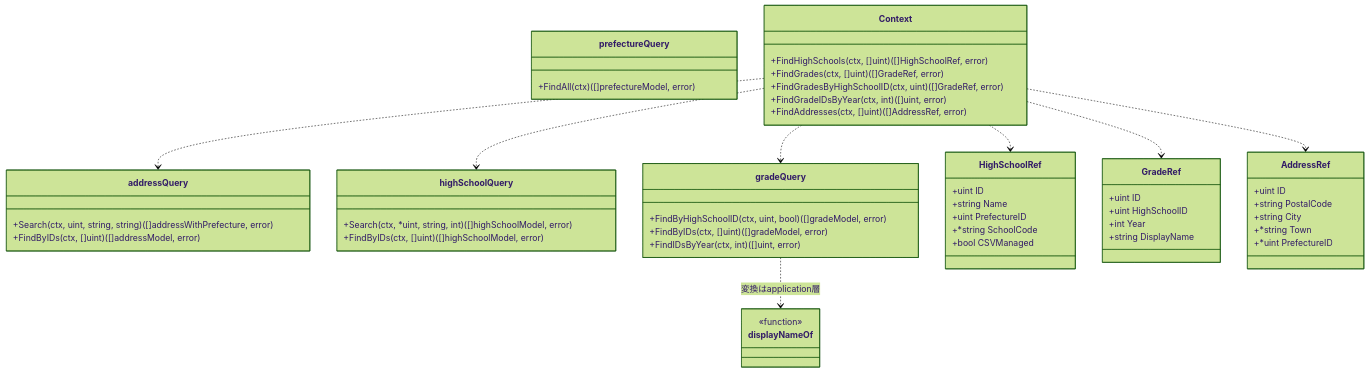
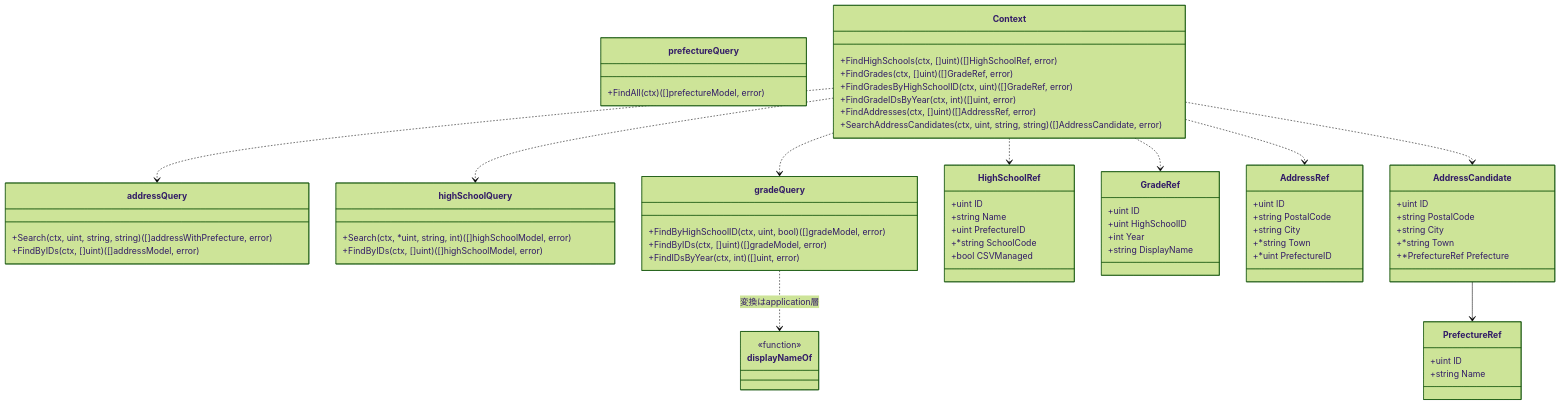
One commit to yuta20253/edu-platform-go-design changed the first of 5 diagrams in 計画書/Go実装仕様書/共通マスタ参照機能_Go実装仕様書_1_基盤.md. Above: the diagram before and after it, drawn with Mermaid (forest theme). The commit also changed other lines of this file and 2 other files, not shown here.

````diff
--- a/計画書/Go実装仕様書/共通マスタ参照機能_Go実装仕様書_1_基盤.md
+++ b/計画書/Go実装仕様書/共通マスタ参照機能_Go実装仕様書_1_基盤.md
@@ -138,60 +138,74 @@
 ```mermaid
 classDiagram
     class prefectureQuery {
         +FindAll(ctx) ([]prefectureModel, error)
     }
     class addressQuery {
         +Search(ctx, uint, string, string) ([]addressWithPrefecture, error)
         +FindByIDs(ctx, []uint) ([]addressModel, error)
     }
     class highSchoolQuery {
         +Search(ctx, *uint, string, int) ([]highSchoolModel, error)
         +FindByIDs(ctx, []uint) ([]highSchoolModel, error)
     }
     class gradeQuery {
         +FindByHighSchoolID(ctx, uint, bool) ([]gradeModel, error)
         +FindByIDs(ctx, []uint) ([]gradeModel, error)
         +FindIDsByYear(ctx, int) ([]uint, error)
     }
 
     class HighSchoolRef {
         +uint ID
         +string Name
         +uint PrefectureID
         +*string SchoolCode
         +bool CSVManaged
     }
     class GradeRef {
         +uint ID
         +uint HighSchoolID
         +int Year
         +string DisplayName
     }
     class AddressRef {
         +uint ID
         +string PostalCode
         +string City
         +*string Town
         +*uint PrefectureID
     }
+    class AddressCandidate {
+        +uint ID
+        +string PostalCode
+        +string City
+        +*string Town
+        +*PrefectureRef Prefecture
+    }
+    class PrefectureRef {
+        +uint ID
+        +string Name
+    }
+    AddressCandidate --> PrefectureRef
 
     class Context {
         +FindHighSchools(ctx, []uint) ([]HighSchoolRef, error)
         +FindGrades(ctx, []uint) ([]GradeRef, error)
         +FindGradesByHighSchoolID(ctx, uint) ([]GradeRef, error)
         +FindGradeIDsByYear(ctx, int) ([]uint, error)
         +FindAddresses(ctx, []uint) ([]AddressRef, error)
+        +SearchAddressCandidates(ctx, uint, string, string) ([]AddressCandidate, error)
     }
 
     Context ..> highSchoolQuery
     Context ..> gradeQuery
     Context ..> addressQuery
     Context ..> HighSchoolRef
     Context ..> GradeRef
     Context ..> AddressRef
+    Context ..> AddressCandidate
 
     class displayNameOf {
         <<function>>
     }
     gradeQuery ..> displayNameOf : 変換はapplication層
 ```
````
